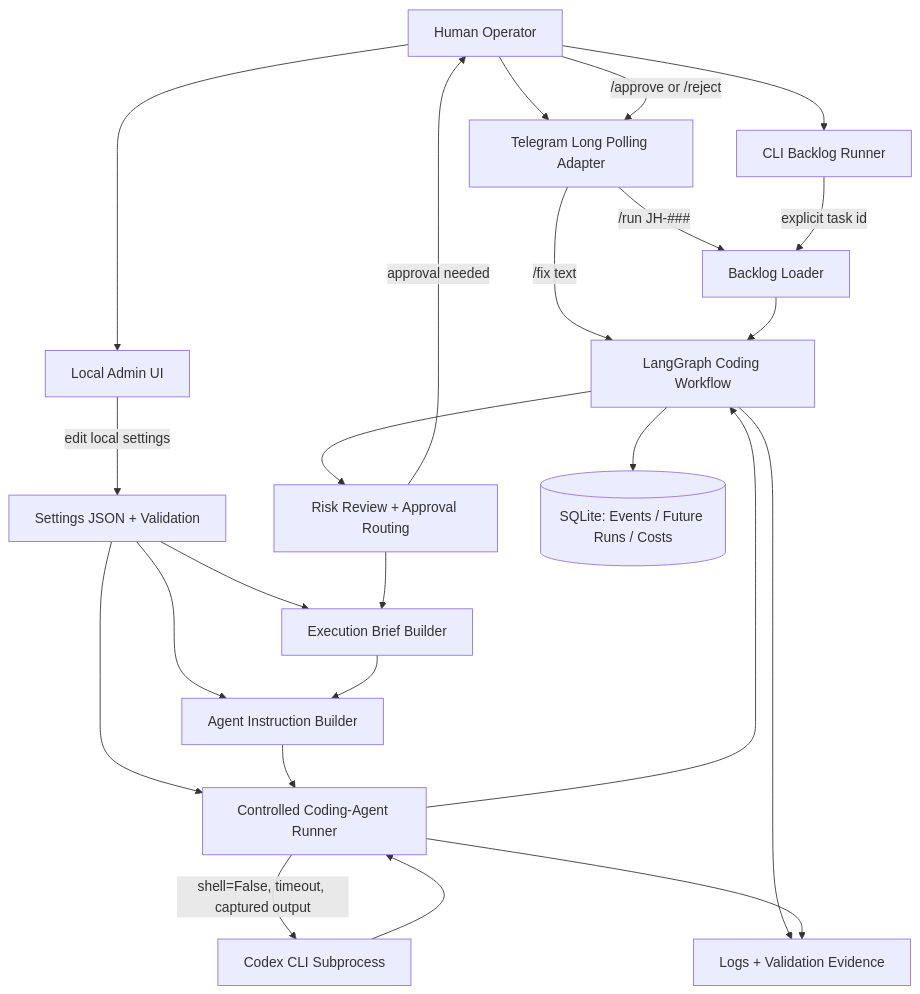
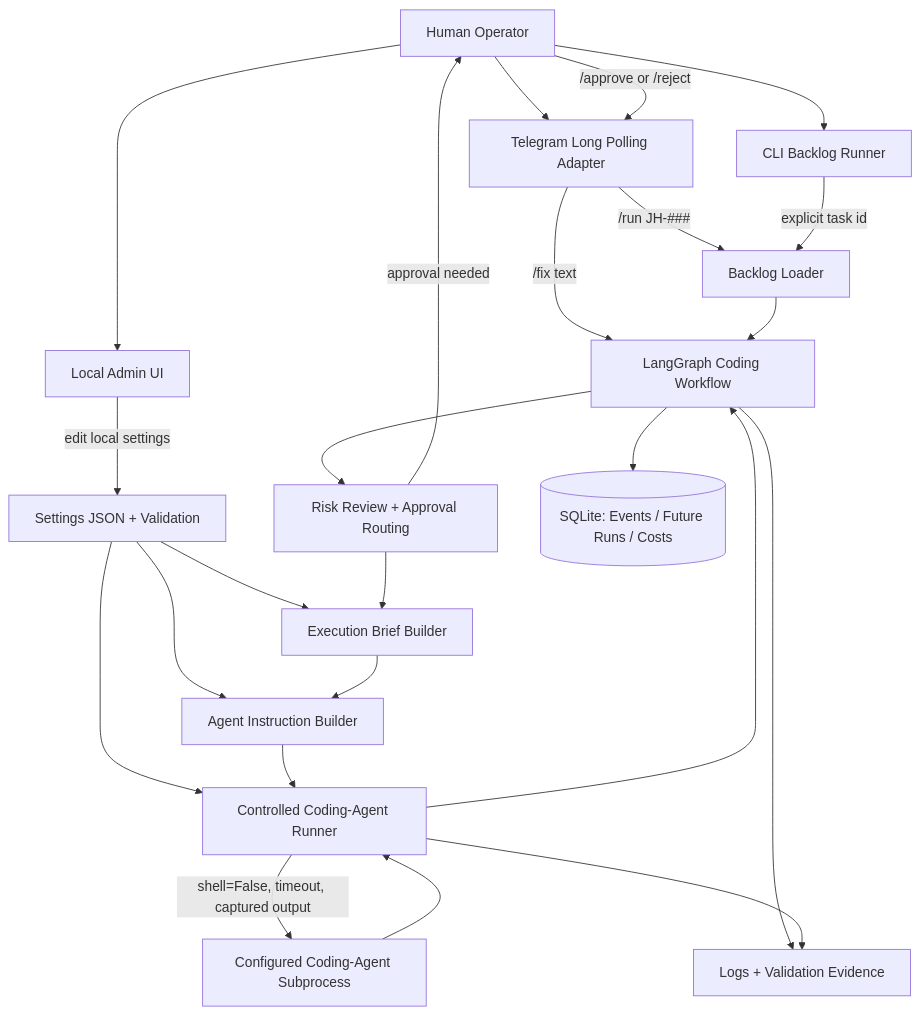
One commit to robvoto/ai-tech-lead-agent changed the diagram in docs/ARCHITECTURE.md. Above: the diagram before and after it, drawn with Mermaid. The commit also changed other lines of this file and 46 other files, not shown here.

````diff
--- a/docs/ARCHITECTURE.md
+++ b/docs/ARCHITECTURE.md
@@ -11,46 +11,46 @@
 ```mermaid
 flowchart TD
     Human[Human Operator]
     Telegram[Telegram Long Polling Adapter]
     CLI[CLI Backlog Runner]
     Admin[Local Admin UI]
 
     Backlog[Backlog Loader]
     Settings[Settings JSON + Validation]
     Graph[LangGraph Coding Workflow]
     Risk[Risk Review + Approval Routing]
     Brief[Execution Brief Builder]
     Instruction[Agent Instruction Builder]
     Runner[Controlled Coding-Agent Runner]
-    Codex[Codex CLI Subprocess]
+    CodingAgent[Configured Coding-Agent Subprocess]
     SQLite[(SQLite: Events / Future Runs / Costs)]
     Logs[Logs + Validation Evidence]
 
     Human --> Telegram
     Human --> CLI
     Human --> Admin
 
     Telegram -->|/run JH-###| Backlog
     Telegram -->|/fix text| Graph
     CLI -->|explicit task id| Backlog
     Backlog --> Graph
 
     Admin -->|edit local settings| Settings
     Settings --> Brief
     Settings --> Instruction
     Settings --> Runner
 
     Graph --> Risk
     Risk -->|approval needed| Human
     Human -->|/approve or /reject| Telegram
     Risk --> Brief
     Brief --> Instruction
     Instruction --> Runner
-    Runner -->|shell=False, timeout, captured output| Codex
-    Codex --> Runner
+    Runner -->|shell=False, timeout, captured output| CodingAgent
+    CodingAgent --> Runner
     Runner --> Graph
 
     Graph --> Logs
     Runner --> Logs
     Graph --> SQLite
 ```
````
